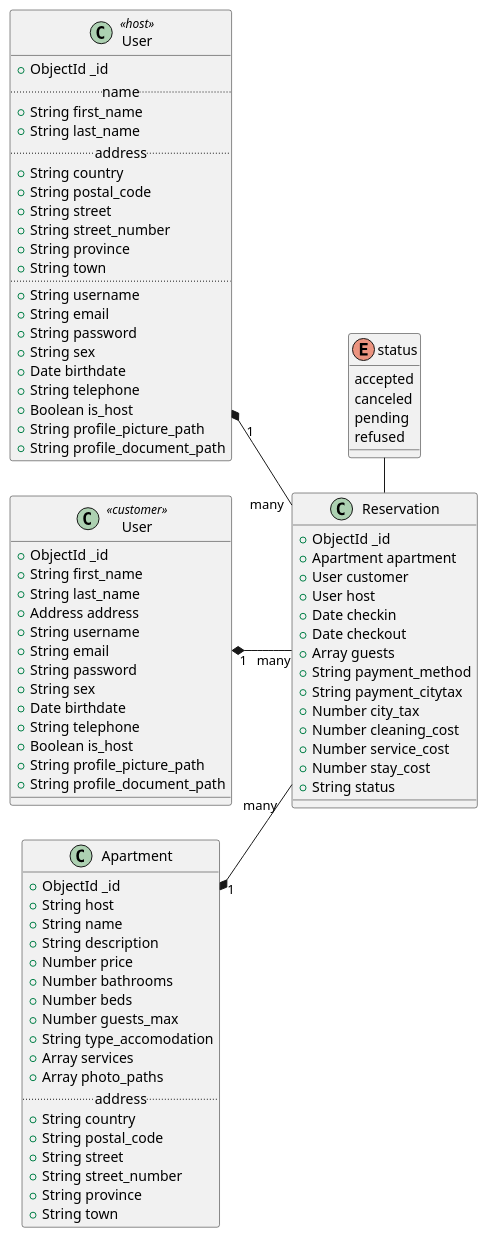
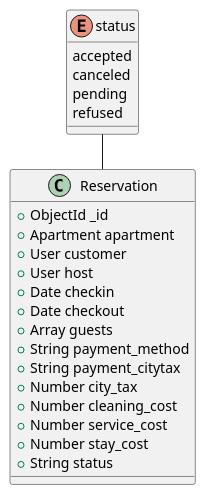
Before and after one commit to TommasoScalici/BnB: the diagram in app-diagrams/class/reservation.wsd, drawn with PlantUML. The commit also changed 7 other files, not shown here.

```diff
--- a/app-diagrams/class/reservation.wsd
+++ b/app-diagrams/class/reservation.wsd
@@ -1,96 +1,31 @@
 @startuml reservation
 left to right direction
 
 
 class Reservation {
   +ObjectId _id
   +Apartment apartment
   +User customer
   +User host    
   +Date checkin
   +Date checkout
   +Array guests
   +String payment_method
   +String payment_citytax
   +Number city_tax
   +Number cleaning_cost
   +Number service_cost
   +Number stay_cost
   +String status
 }
 
 enum status {
   accepted
   canceled
   pending
   refused
 }
 
-class "User" as host <<host>> {
-  +ObjectId _id
-  .. name ..
-  +String first_name
-  +String last_name
-  .. address ..
-  +String country
-  +String postal_code
-  +String street
-  +String street_number
-  +String province
-  +String town
-  ..
-  +String username
-  +String email
-  +String password
-  +String sex
-  +Date birthdate
-  +String telephone
-  +Boolean is_host
-  +String profile_picture_path
-  +String profile_document_path
-}
-
-class "User" as customer <<customer>> {
-  +ObjectId _id
-  +String first_name
-  +String last_name
-  +Address address
-  +String username
-  +String email
-  +String password
-  +String sex
-  +Date birthdate
-  +String telephone
-  +Boolean is_host
-  +String profile_picture_path
-  +String profile_document_path
-}
-
-class Apartment {
-  +ObjectId _id
-  +String host
-  +String name
-  +String description
-  +Number price
-  +Number bathrooms
-  +Number beds
-  +Number guests_max
-  +String type_accomodation
-  +Array services
-  +Array photo_paths
-  .. address ..
-  +String country
-  +String postal_code
-  +String street
-  +String street_number
-  +String province
-  +String town
-}
-
-
 status - Reservation
-host "  1" *-- "many" Reservation 
-customer "1" *-- "     many" Reservation
-Apartment "1"*-- "many  " Reservation
 
 @enduml
```
